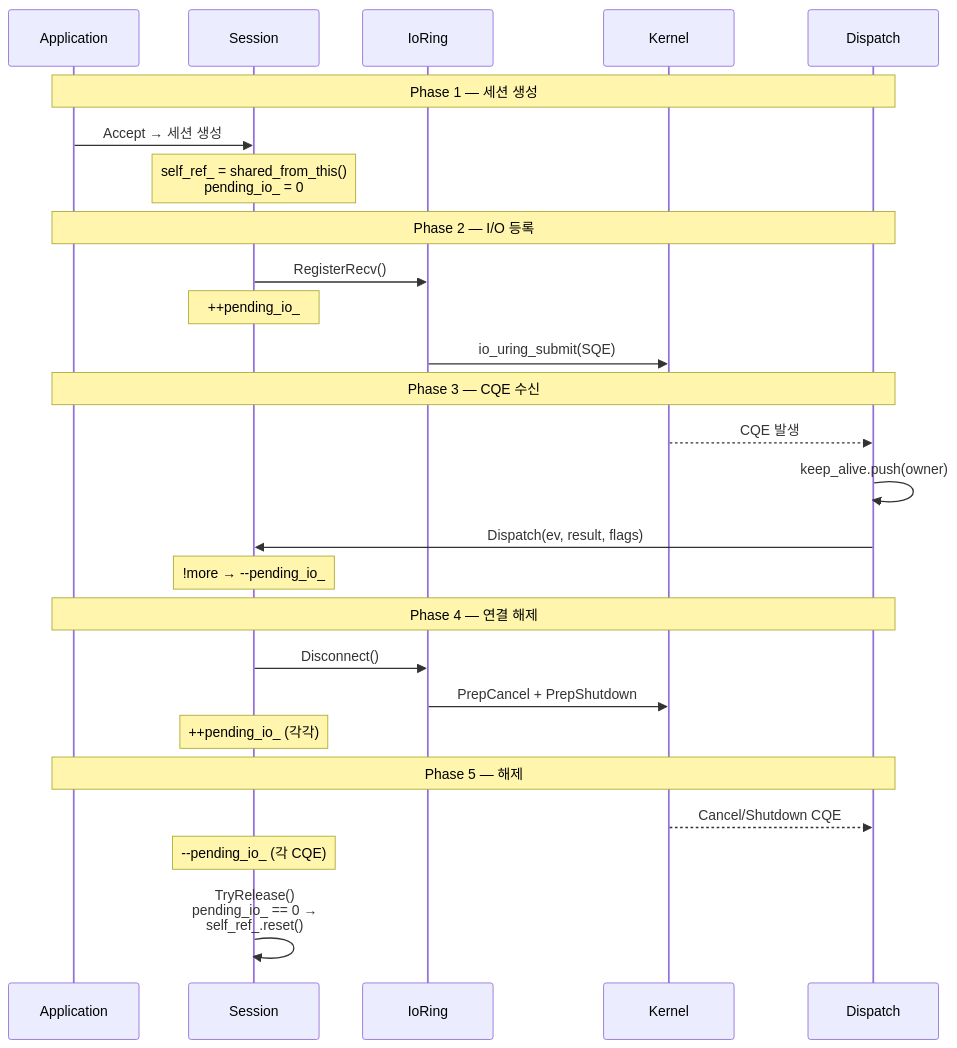
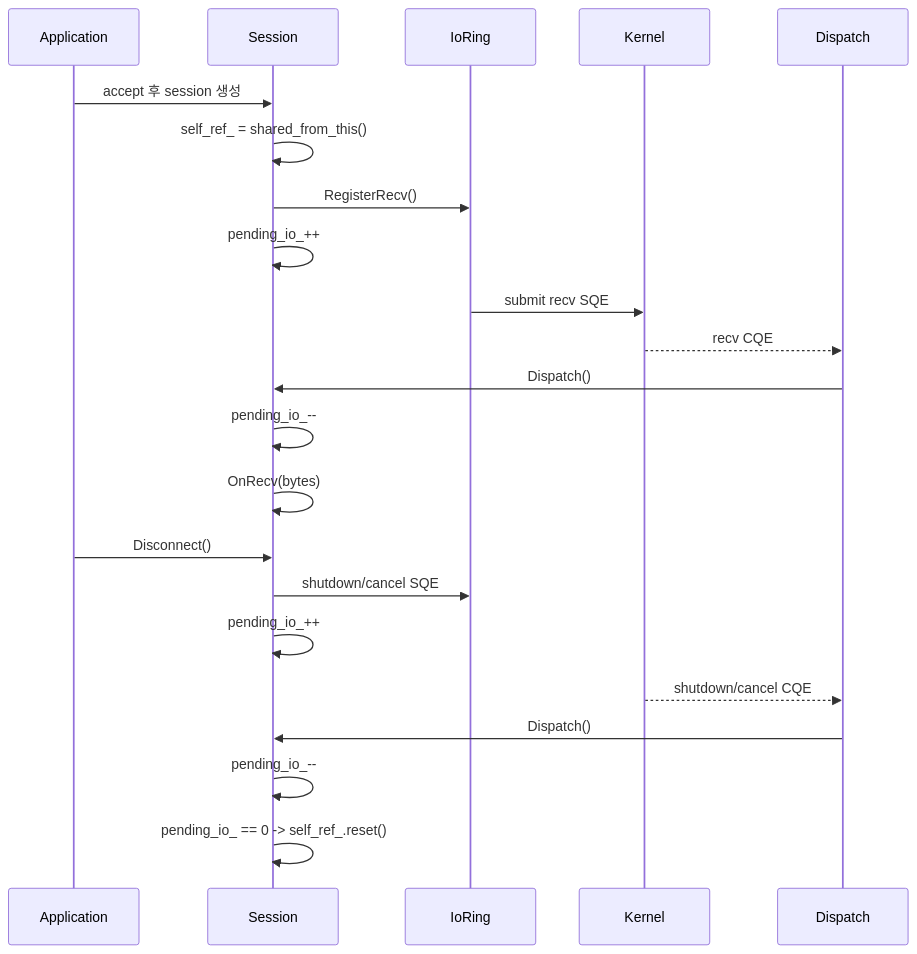
One commit to mint-cocoa/portfolio changed the fourth of 6 diagrams in docs/server/ServerCorePortfolio.qmd. Above: the diagram before and after it, drawn with Mermaid. The commit also changed other lines of this file and 1 other file, not shown here.

````diff
--- a/docs/server/ServerCorePortfolio.qmd
+++ b/docs/server/ServerCorePortfolio.qmd
@@ -290,35 +287,29 @@
 ```{mermaid}
 %%| label: fig-session-lifecycle
-%%| fig-cap: "세션 수명관리 전체 흐름"
+%%| fig-cap: "Session lifecycle"
 sequenceDiagram
     participant App as Application
     participant Sess as Session
     participant Ring as IoRing
-    participant Kern as Kernel
+    participant Kernel as Kernel
     participant Disp as Dispatch
 
-    Note over App,Disp: Phase 1 — 세션 생성
-    App->>Sess: Accept → 세션 생성
-    Note over Sess: self_ref_ = shared_from_this()<br/>pending_io_ = 0
+    App->>Sess: accept 후 session 생성
+    Sess->>Sess: self_ref_ = shared_from_this()
+    Sess->>Ring: RegisterRecv()
+    Sess->>Sess: pending_io_++
+    Ring->>Kernel: submit recv SQE
 
-    Note over App,Disp: Phase 2 — I/O 등록
-    Sess->>Ring: RegisterRecv()
-    Note over Sess: ++pending_io_
-    Ring->>Kern: io_uring_submit(SQE)
+    Kernel-->>Disp: recv CQE
+    Disp->>Sess: Dispatch()
+    Sess->>Sess: pending_io_--
+    Sess->>Sess: OnRecv(bytes)
 
-    Note over App,Disp: Phase 3 — CQE 수신
-    Kern-->>Disp: CQE 발생
-    Disp->>Disp: keep_alive.push(owner)
-    Disp->>Sess: Dispatch(ev, result, flags)
-    Note over Sess: !more → --pending_io_
-
-    Note over App,Disp: Phase 4 — 연결 해제
-    Sess->>Ring: Disconnect()
-    Ring->>Kern: PrepCancel + PrepShutdown
-    Note over Sess: ++pending_io_ (각각)
-
-    Note over App,Disp: Phase 5 — 해제
-    Kern-->>Disp: Cancel/Shutdown CQE
-    Note over Sess: --pending_io_ (각 CQE)
-    Sess->>Sess: TryRelease()<br/>pending_io_ == 0 →<br/>self_ref_.reset()
+    App->>Sess: Disconnect()
+    Sess->>Ring: shutdown/cancel SQE
+    Sess->>Sess: pending_io_++
+    Kernel-->>Disp: shutdown/cancel CQE
+    Disp->>Sess: Dispatch()
+    Sess->>Sess: pending_io_--
+    Sess->>Sess: pending_io_ == 0 -> self_ref_.reset()
 ```
````
